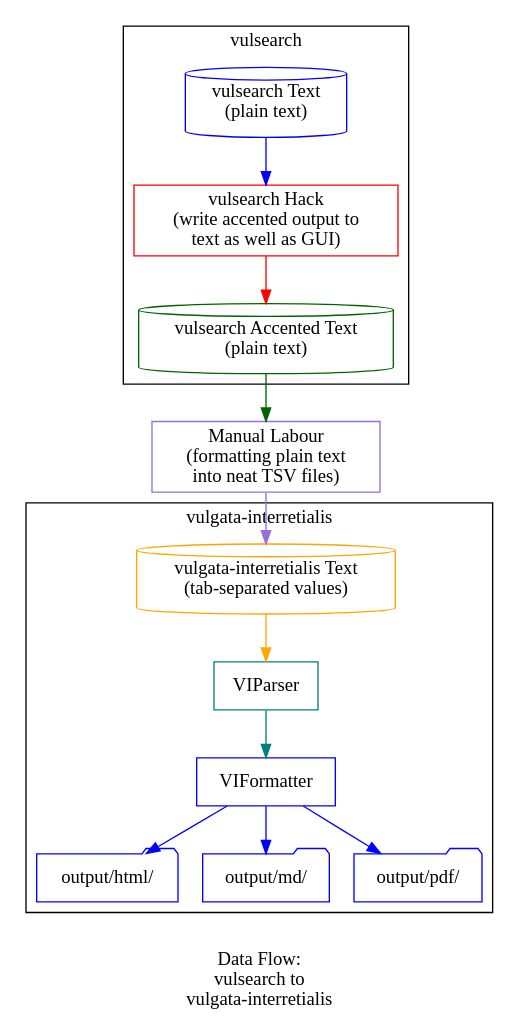
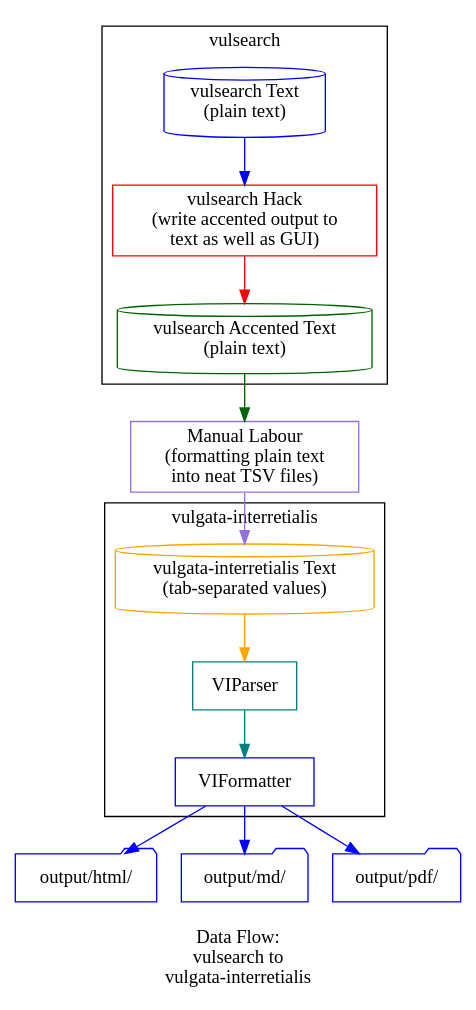
One commit to salvador-workshop/vulgata-interretialis changed the diagram in static/design/data-transforms.dot. Above: the diagram before and after it, drawn with Graphviz.

Commit message:
design docs updoot

```diff
--- a/static/design/data-transforms.dot
+++ b/static/design/data-transforms.dot
@@ -1,35 +1,36 @@
 digraph {
     label = "\nData Flow:\nvulsearch to \nvulgata-interretialis";
     node [shape = box;];
     
     subgraph cluster_0 {
         label = "vulsearch";
         vulsearchText -> vulsearchHack [color = blue;];
         vulsearchHack -> vulsearchAccentedText [color = red;];
     }
     
     vulsearchAccentedText -> manualLabour [color = darkgreen;];
     manualLabour -> vulgataInterretialisText [color = mediumpurple;];
     
     subgraph cluster_1 {
         label = "vulgata-interretialis";
         vulgataInterretialisText -> viParser [color = orange;];
         viParser -> viFormatter [color = teal;];
-        viFormatter -> outputHtml [color = blue;];
-        viFormatter -> outputMarkdown [color = blue;];
-        viFormatter -> outputPdf [color = blue;];
     }
-
+    
+    viFormatter -> outputHtml [color = blue;];
+    viFormatter -> outputMarkdown [color = blue;];
+    viFormatter -> outputPdf [color = blue;];
+    
     vulsearchText [label = "vulsearch Text\n(plain text)";shape = cylinder;color = blue;];
     vulsearchHack [label = "vulsearch Hack\n(write accented output to\ntext as well as GUI)";color = red;];
     vulsearchAccentedText [label = "vulsearch Accented Text\n(plain text)";shape = cylinder;color = darkgreen;];
     
     manualLabour [label = "Manual Labour\n(formatting plain text\ninto neat TSV files)";color = mediumpurple;];
     vulgataInterretialisText [label = "vulgata-interretialis Text\n(tab-separated values)";shape = cylinder;color = orange;];
     viParser [label = "VIParser";color = teal;];
     viFormatter [label = "VIFormatter";color = blue;];
     
-    outputHtml [shape=folder;label = "output/html/";color = blue;];
-    outputMarkdown [shape=folder;label = "output/md/";color = blue;];
-    outputPdf [shape=folder;label = "output/pdf/";color = blue;];
+    outputHtml [shape = folder;label = "output/html/";color = blue;];
+    outputMarkdown [shape = folder;label = "output/md/";color = blue;];
+    outputPdf [shape = folder;label = "output/pdf/";color = blue;];
 }
```
